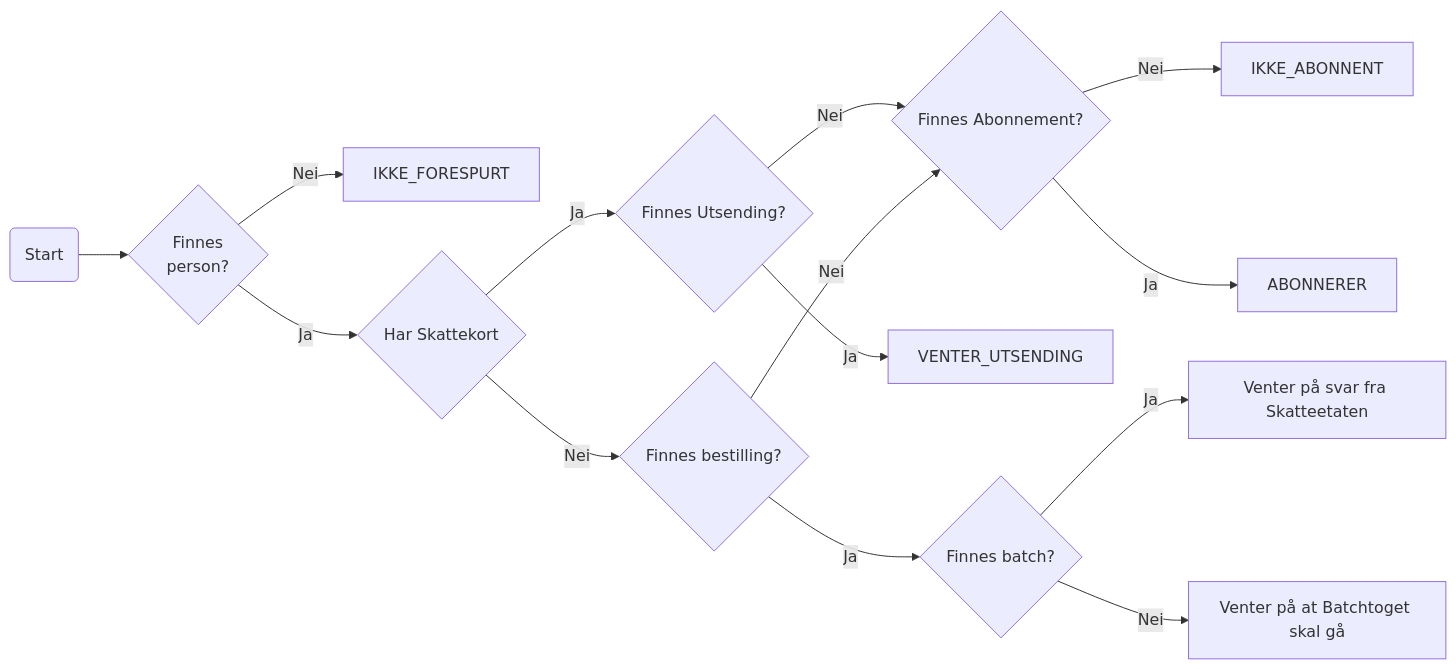
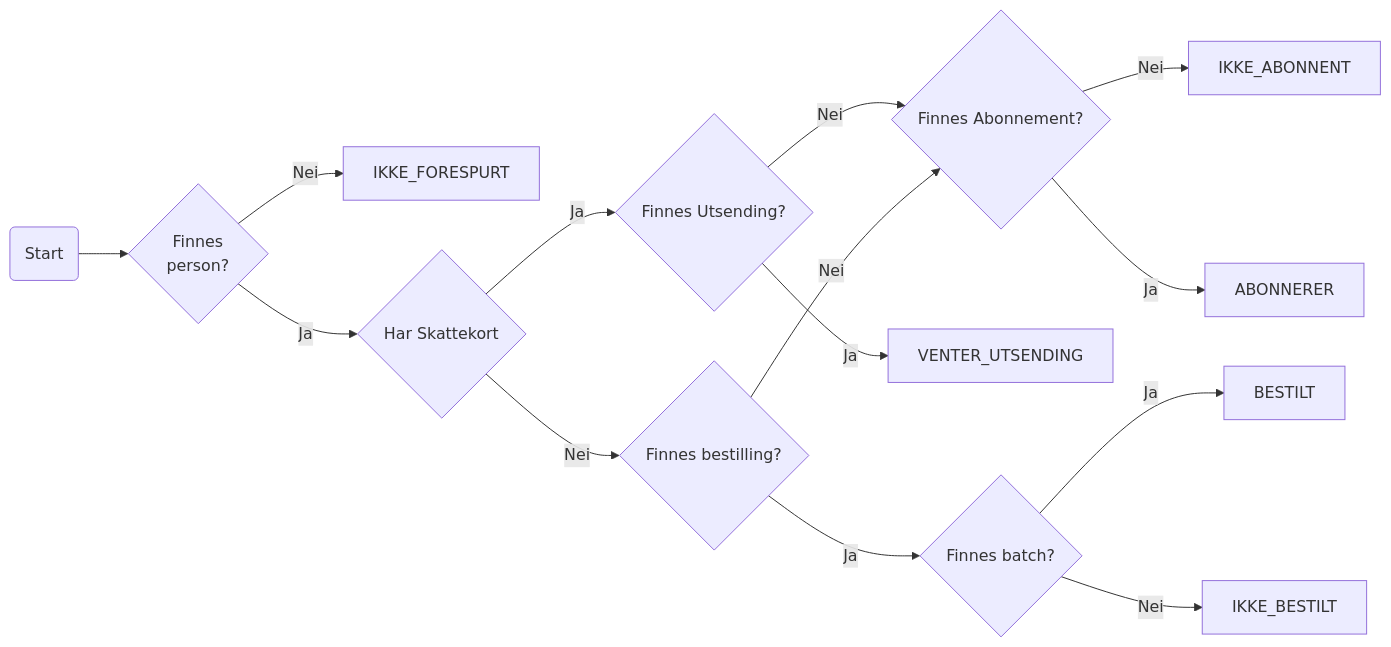
The ninth of 9 diagrams in dokumentasjon/arkitektur/workflows.md (navikt/sokos-skattekort), drawn with Mermaid before and after one commit. The commit also changed 3 other files, not shown here.

````diff
--- a/dokumentasjon/arkitektur/workflows.md
+++ b/dokumentasjon/arkitektur/workflows.md
@@ -109,16 +109,16 @@
 ```mermaid
 flowchart LR
     Start(Start) --> FNR{Finnes \nperson?}
     FNR -->|Nei| IKKE_FORESPURT[IKKE_FORESPURT]
     FNR -->|Ja| SJEKK_SKATTEKORT{Har Skattekort}
     SJEKK_SKATTEKORT -->|Ja| SJEKK_UTSENDING{Finnes Utsending?}
     SJEKK_UTSENDING -->|Nei| SJEKK_ABONNEMENT{Finnes Abonnement?}
     SJEKK_UTSENDING -->|Ja| VENTER_UTSENDING
     SJEKK_ABONNEMENT{Finnes Abonnement?} -->|Nei| IKKE_ABONNENT
     SJEKK_ABONNEMENT -->|Ja| ABONNERER
     SJEKK_SKATTEKORT -->|Nei| SJEKK_BESTILLING{Finnes bestilling?}
     SJEKK_BESTILLING -->|Ja| SJEKK_BATCH{Finnes batch?}
-    SJEKK_BATCH -->|Ja| VENTER_SVAR[Venter på svar fra Skatteetaten]
-    SJEKK_BATCH -->|Nei| VENTER_BATCH[Venter på at Batchtoget skal gå]
+    SJEKK_BATCH -->|Ja| BESTILT
+    SJEKK_BATCH -->|Nei| IKKE_BESTILT
     SJEKK_BESTILLING -->|Nei| SJEKK_ABONNEMENT
 ```
````
